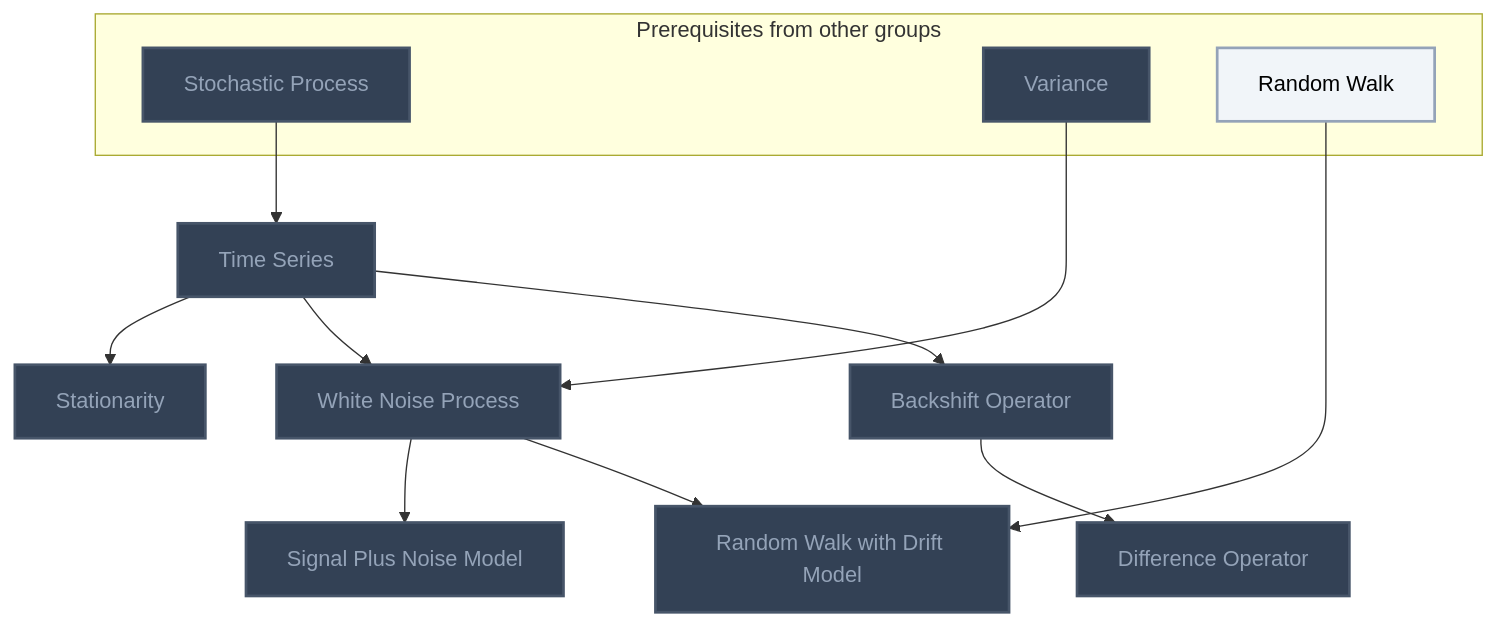
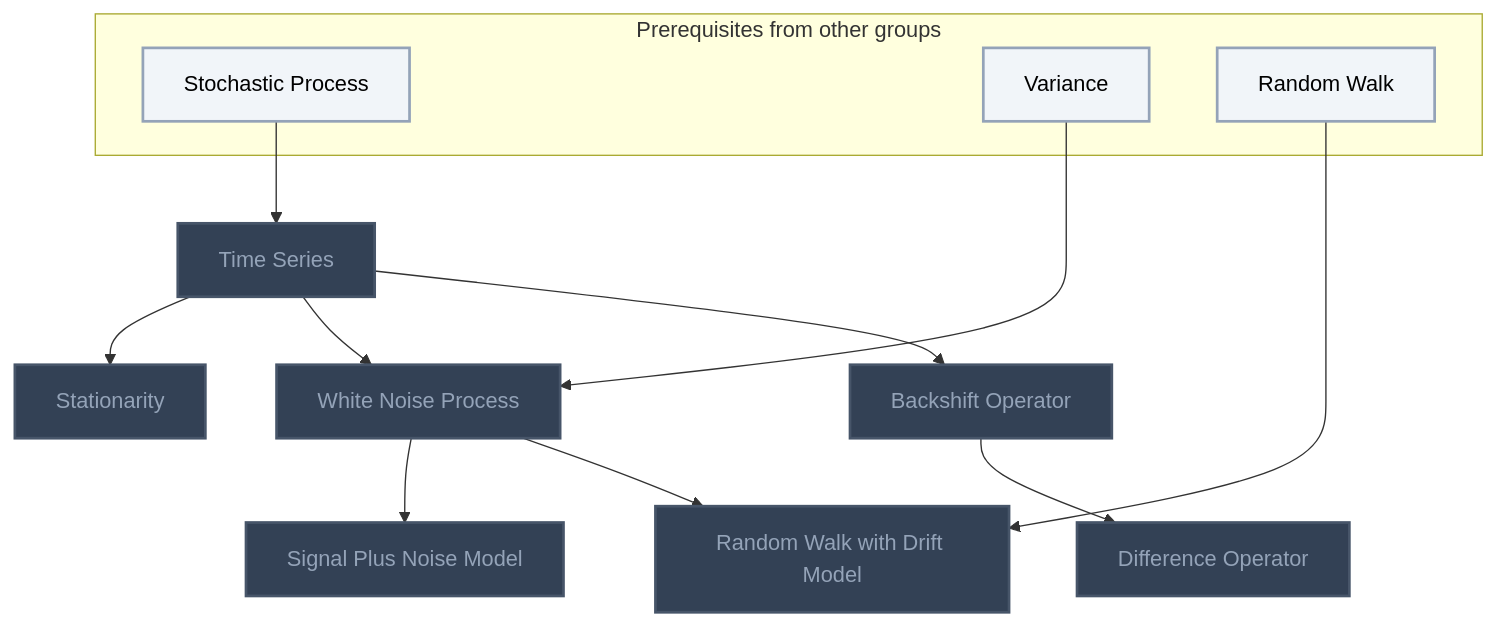
One commit to MRauf1/My-Notes changed the first of 3 diagrams in Gamification/Skill Trees/Time Series Analysis.md. Above: the diagram before and after it, drawn with Mermaid. The commit also changed other lines of this file and 145 other files, not shown here.

````diff
--- a/Gamification/Skill Trees/Time Series Analysis.md
+++ b/Gamification/Skill Trees/Time Series Analysis.md
@@ -17,36 +17,36 @@
 ```mermaid
 flowchart TD
     classDef planned fill:#1E293B,stroke:#64748B,stroke-width:2px,stroke-dasharray:5 5,color:#94A3B8;
     classDef locked fill:#334155,stroke:#475569,stroke-width:2px,color:#94A3B8;
     classDef L0 fill:#F1F5F9,stroke:#94A3B8,stroke-width:2px,color:#000000;
     classDef L1 fill:#22C55E,stroke:#15803D,stroke-width:2px,color:#000000;
     classDef L2 fill:#3B82F6,stroke:#1D4ED8,stroke-width:3px,color:#FFFFFF;
     classDef L3 fill:#A855F7,stroke:#6B21A8,stroke-width:3px,color:#FFFFFF,font-weight:bold;
     classDef L4 fill:#F97316,stroke:#C2410C,stroke-width:4px,color:#000000,font-weight:bold;
     classDef L5 fill:#FFD700,stroke:#FF8C00,stroke-width:5px,color:#000000,font-weight:bold;
     classDef rusty stroke:#8B4513,stroke-width:4px,stroke-dasharray:3 3;
     subgraph sg_prereqs["Prerequisites from other groups"]
         n_stochastic_process["Stochastic Process"]
         n_variance["Variance"]
         n_random_walk["Random Walk"]
     end
     n_time_series["Time Series"]
     n_stationarity["Stationarity"]
     n_white_noise_process["White Noise Process"]
     n_signal_plus_noise_model["Signal Plus Noise Model"]
     n_random_walk_with_drift_model["Random Walk with Drift Model"]
     n_backshift_operator["Backshift Operator"]
     n_difference_operator["Difference Operator"]
     n_stochastic_process --> n_time_series
     n_time_series --> n_stationarity
     n_variance --> n_white_noise_process
     n_time_series --> n_white_noise_process
     n_white_noise_process --> n_signal_plus_noise_model
     n_random_walk --> n_random_walk_with_drift_model
     n_white_noise_process --> n_random_walk_with_drift_model
     n_time_series --> n_backshift_operator
     n_backshift_operator --> n_difference_operator
-    class n_stochastic_process,n_variance,n_time_series,n_stationarity,n_white_noise_process,n_signal_plus_noise_model,n_random_walk_with_drift_model,n_backshift_operator,n_difference_operator locked;
-    class n_random_walk L0;
+    class n_time_series,n_stationarity,n_white_noise_process,n_signal_plus_noise_model,n_random_walk_with_drift_model,n_backshift_operator,n_difference_operator locked;
+    class n_stochastic_process,n_variance,n_random_walk L0;
     class n_stochastic_process,n_variance,n_random_walk,n_time_series,n_stationarity,n_white_noise_process,n_signal_plus_noise_model,n_random_walk_with_drift_model,n_backshift_operator,n_difference_operator internal-link;
 ```
````
